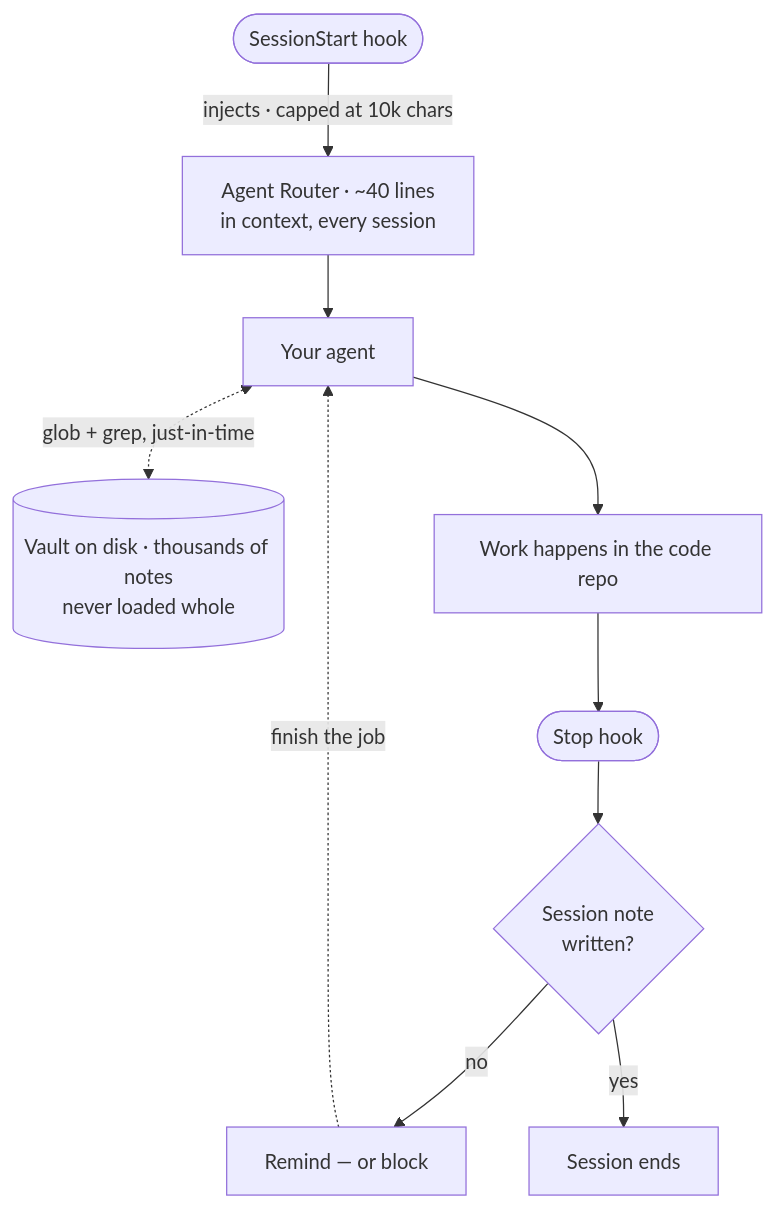
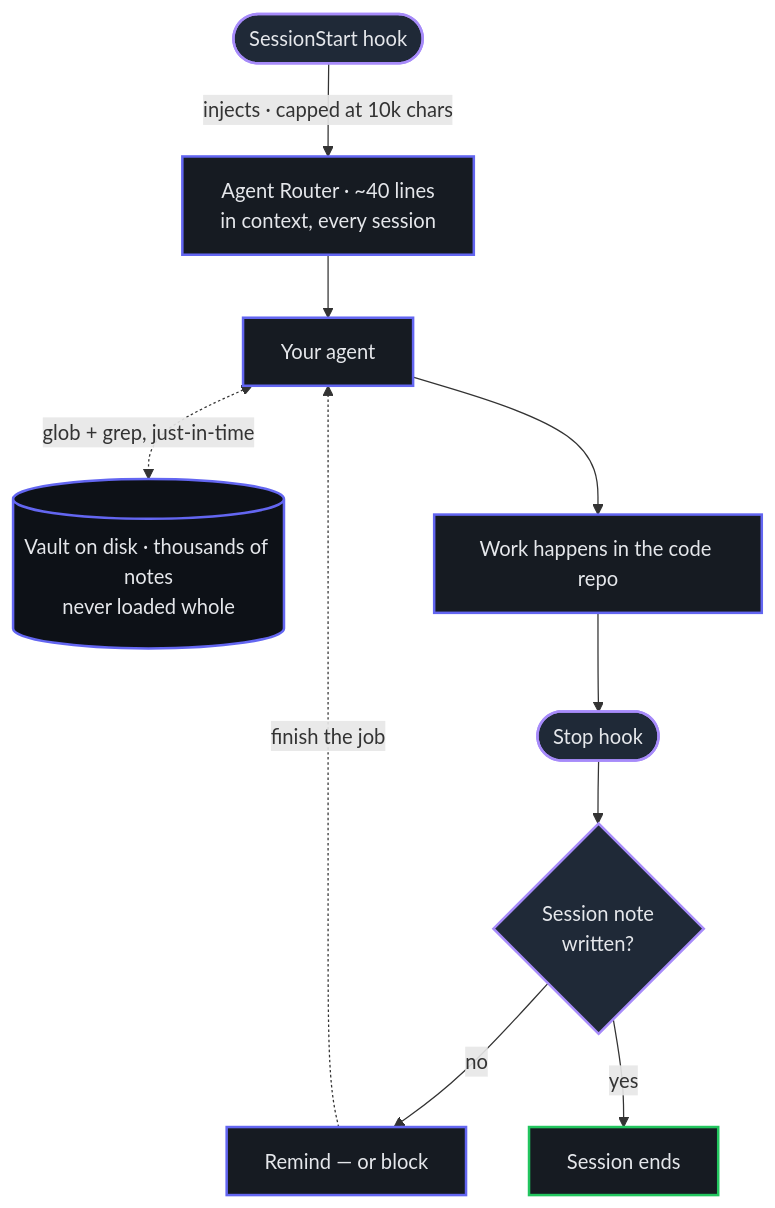
The first of 2 diagrams in README.md (Chris-Carruthers/canon), drawn with Mermaid before and after one commit. The commit also changed other lines of this file and 4 other files, not shown here.

````diff
--- a/README.md
+++ b/README.md
@@ -24,22 +126,32 @@
 ```mermaid
 flowchart TB
     H(["SessionStart hook"])
     R["Agent Router · ~40 lines<br/>in context, every session"]
     A["Your agent"]
     V[("Vault on disk · thousands of notes<br/>never loaded whole")]
     W["Work happens in the code repo"]
     S(["Stop hook"])
     Q{"Session note<br/>written?"}
     N["Remind — or block"]
     E["Session ends"]
 
     H -->|"injects · capped at 10k chars"| R
     R --> A
     A <-.->|"glob + grep, just-in-time"| V
     A --> W
     W --> S
     S --> Q
     Q -->|"no"| N
     N -.->|"finish the job"| A
     Q -->|"yes"| E
+
+    classDef hook fill:#1F2937,stroke:#A78BFA,stroke-width:2px,color:#E5E7EB
+    classDef core fill:#161B22,stroke:#6366F1,stroke-width:2px,color:#E5E7EB
+    classDef store fill:#0D1117,stroke:#6366F1,stroke-width:2px,color:#E5E7EB
+    classDef good fill:#161B22,stroke:#22C55E,stroke-width:2px,color:#E5E7EB
+    class H,S hook
+    class R,A,W,N core
+    class V store
+    class E good
+    class Q hook
 ```
````
